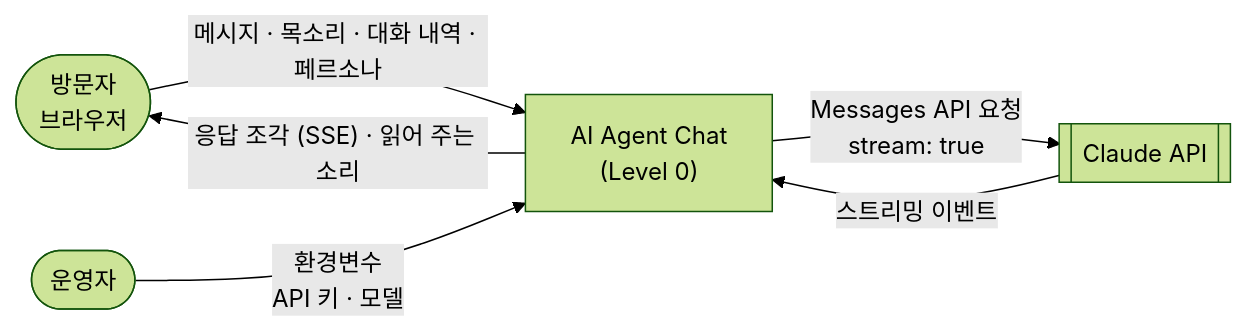
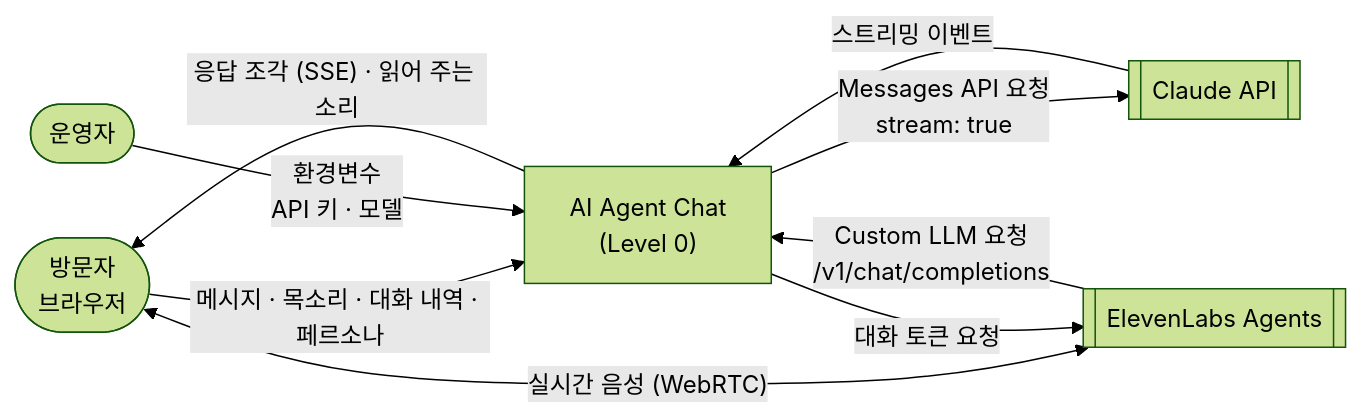
Before and after one commit to kimtaesung98/ai-agent-chat-demo: the diagram in README.md, drawn with Mermaid (forest theme). The commit also changed other lines of this file and 27 other files, not shown here.

First line of the commit message:
feat(F-022): 앱 음성 대화를 ElevenLabs Agents 실시간 음성으로

````diff
--- a/README.md
+++ b/README.md
@@ -41,8 +43,11 @@
 ```mermaid
 flowchart LR
     User([방문자<br>브라우저]) -->|"메시지 · 목소리 · 대화 내역 · 페르소나"| System["AI Agent Chat<br>(Level 0)"]
     System -->|"응답 조각 (SSE) · 읽어 주는 소리"| User
     Operator([운영자]) -->|"환경변수<br>API 키 · 모델"| System
     System -->|"Messages API 요청<br>stream: true"| Claude[[Claude API]]
     Claude -->|"스트리밍 이벤트"| System
+    User <-->|"실시간 음성 (WebRTC)"| Eleven[[ElevenLabs Agents]]
+    System -->|"대화 토큰 요청"| Eleven
+    Eleven -->|"Custom LLM 요청<br>/v1/chat/completions"| System
 ```
````
